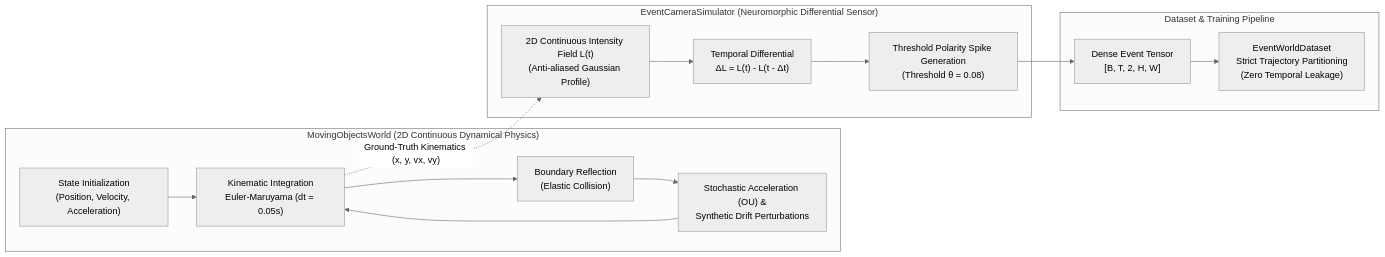
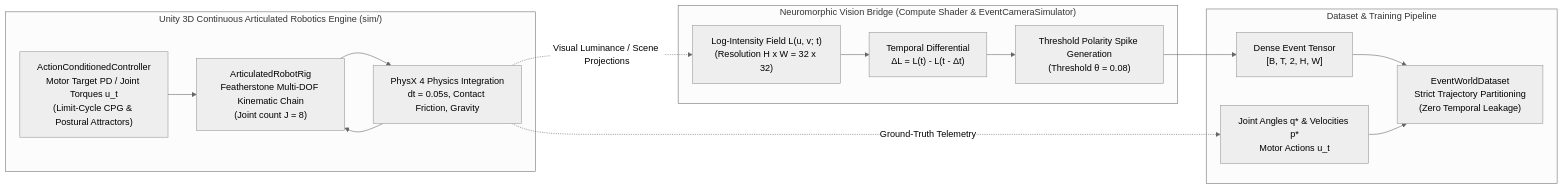
The diagram in docs/WORLD.md (Mattia-Maiorano/Spiking-Neural_Novelty), drawn with Mermaid (neutral theme) before and after one commit. The commit also changed other lines of this file and 5 other files, not shown here.

````diff
--- a/docs/WORLD.md
+++ b/docs/WORLD.md
@@ -13,20 +13,23 @@
 ```mermaid
 flowchart LR
-    subgraph Env["MovingObjectsWorld (2D Continuous Dynamical Physics)"]
-        Init["State Initialization\n(Position, Velocity, Acceleration)"] --> Dyn["Kinematic Integration\nEuler-Maruyama (dt = 0.05s)"]
-        Dyn --> Wall["Boundary Reflection\n(Elastic Collision)"]
-        Wall --> Perturb["Stochastic Acceleration (OU) &\nSynthetic Drift Perturbations"]
-        Perturb --> Dyn
+    subgraph Unity["Unity 3D Continuous Articulated Robotics Engine (sim/)"]
+        Rig["ArticulatedRobotRig\nFeatherstone Multi-DOF Kinematic Chain\n(Joint count J = 8)"]
+        Ctrl["ActionConditionedController\nMotor Target PD / Joint Torques u_t\n(Limit-Cycle CPG & Postural Attractors)"]
+        Phys["PhysX 4 Physics Integration\ndt = 0.05s, Contact Friction, Gravity"]
+        Ctrl --> Rig
+        Rig --> Phys
+        Phys --> Rig
     end
 
-    subgraph Sensor["EventCameraSimulator (Neuromorphic Differential Sensor)"]
-        Dyn -.->|"Ground-Truth Kinematics (x, y, vx, vy)"| Render["2D Continuous Intensity Field L(t)\n(Anti-aliased Gaussian Profile)"]
+    subgraph Sensor["Neuromorphic Vision Bridge (Compute Shader & EventCameraSimulator)"]
+        Phys -.->|"Visual Luminance / Scene Projections"| Render["Log-Intensity Field L(u, v; t)\n(Resolution H x W = 32 x 32)"]
         Render --> Diff["Temporal Differential\nΔL = L(t) - L(t - Δt)"]
         Diff --> Spikes["Threshold Polarity Spike Generation\n(Threshold θ = 0.08)"]
     end
 
     subgraph Output["Dataset & Training Pipeline"]
         Spikes --> Dense["Dense Event Tensor\n[B, T, 2, H, W]"]
-        Dense --> Dataset["EventWorldDataset\nStrict Trajectory Partitioning\n(Zero Temporal Leakage)"]
+        Phys -.->|"Ground-Truth Telemetry"| Kin["Joint Angles q* & Velocities p*\nMotor Actions u_t"]
+        Dense & Kin --> Dataset["EventWorldDataset\nStrict Trajectory Partitioning\n(Zero Temporal Leakage)"]
     end
 ```
````
